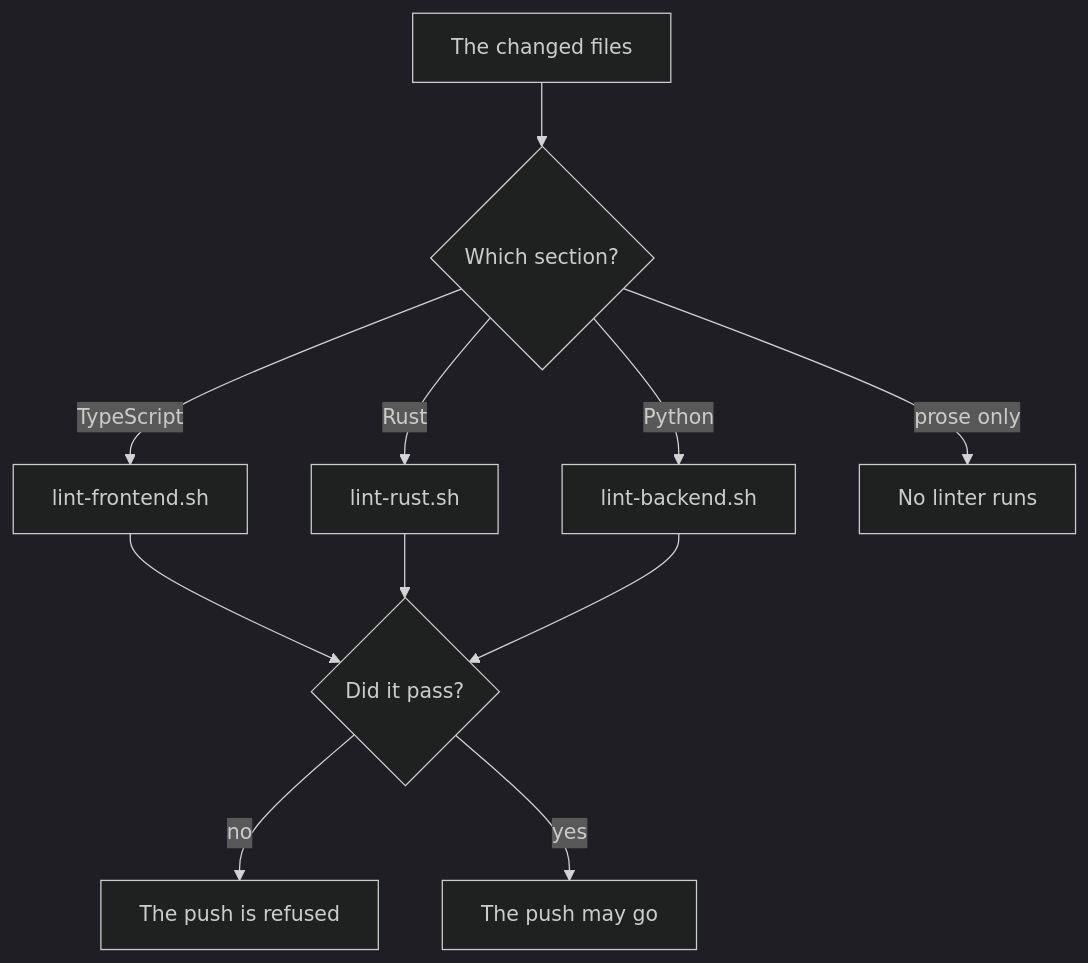
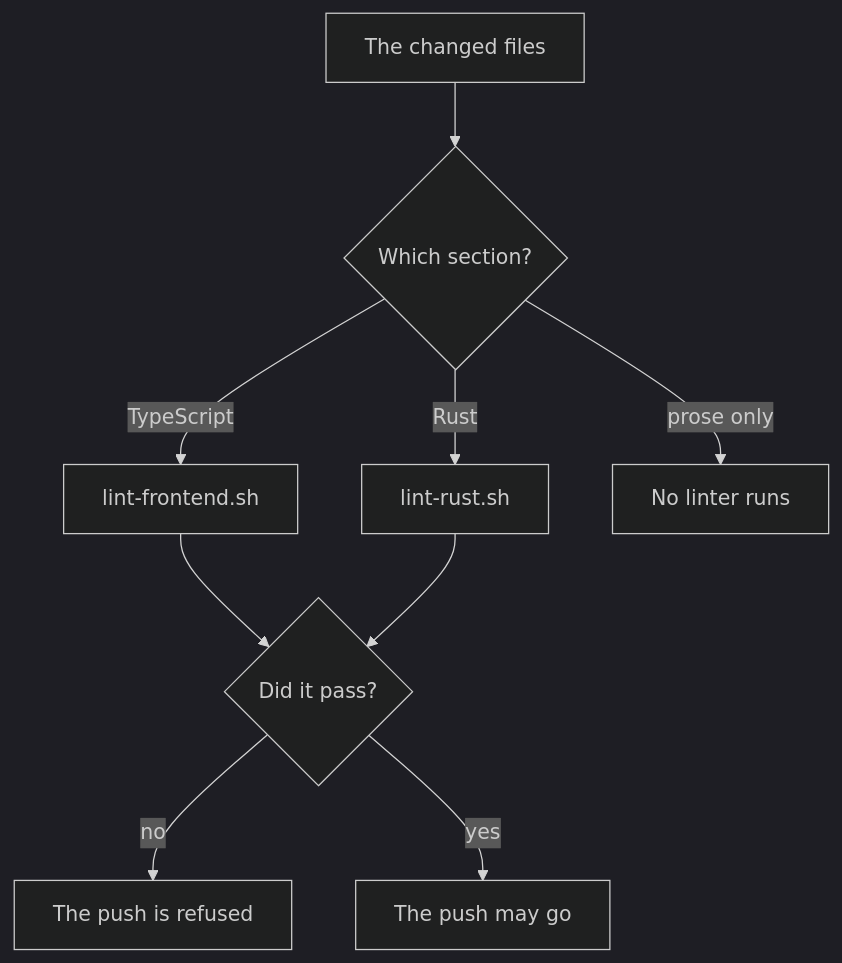
One commit to YueMi-Development/YueMi-Office changed the second of 2 diagrams in docs/linting.md. Above: the diagram before and after it, drawn with Mermaid (dark theme). The commit also changed other lines of this file and 132 other files, not shown here.

````diff
--- a/docs/linting.md
+++ b/docs/linting.md
@@ -106,13 +99,11 @@
 ```mermaid
 flowchart TD
     G["The changed files"] --> Q{"Which section?"}
     Q -->|TypeScript| F["lint-frontend.sh"]
     Q -->|Rust| R["lint-rust.sh"]
-    Q -->|Python| B["lint-backend.sh"]
     Q -->|prose only| N["No linter runs"]
     F --> P{"Did it pass?"}
     R --> P
-    B --> P
     P -->|no| X["The push is refused"]
     P -->|yes| Y["The push may go"]
 ```
````
